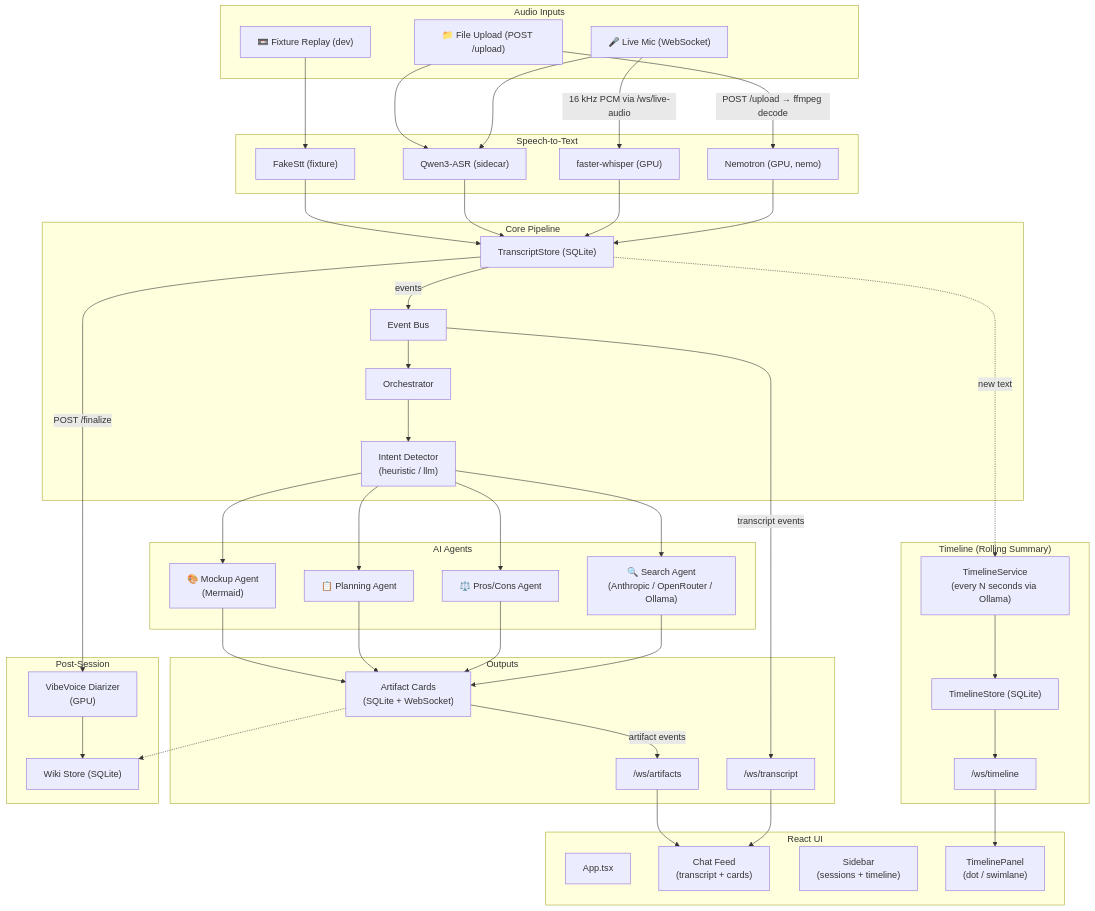
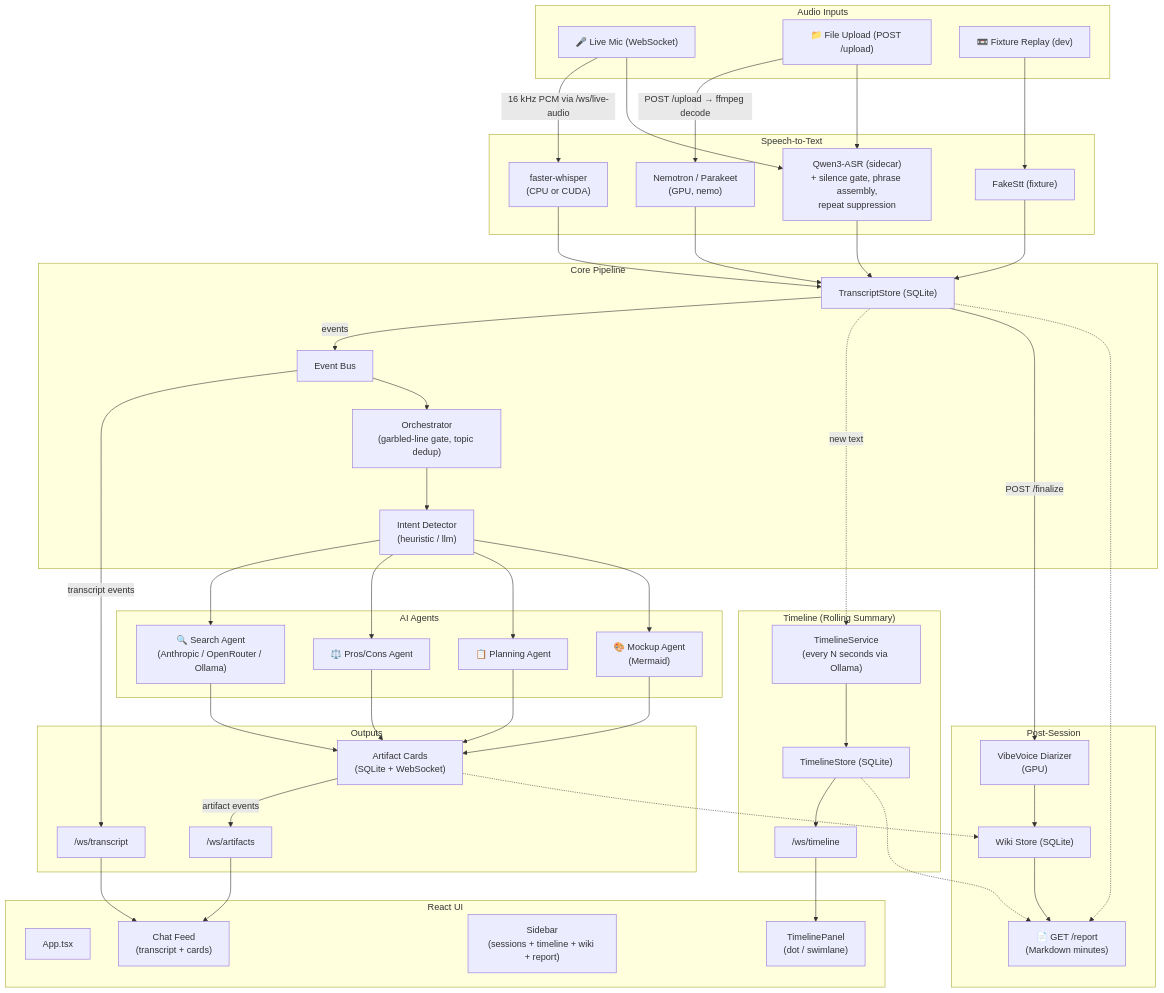
Before and after one commit to jpliem/deeptalk: the diagram in README.md, drawn with Mermaid. The commit also changed other lines of this file, not shown here.

Commit message:
docs: refresh README — report feature, STT hardening, .env, corrected backend list

````diff
--- a/README.md
+++ b/README.md
@@ -20,15 +16,15 @@
 
     subgraph STT["Speech-to-Text"]
         FAKE["FakeStt (fixture)"]
-        NEMO["Nemotron (GPU, nemo)"]
-        WHISPER["faster-whisper (GPU)"]
-        QWEN["Qwen3-ASR (sidecar)"]
+        NEMO["Nemotron / Parakeet<br/>(GPU, nemo)"]
+        WHISPER["faster-whisper<br/>(CPU or CUDA)"]
+        QWEN["Qwen3-ASR (sidecar)<br/>+ silence gate, phrase assembly,<br/>repeat suppression"]
     end
 
     subgraph Core["Core Pipeline"]
         TS["TranscriptStore (SQLite)"]
         BUS["Event Bus"]
-        ORCH["Orchestrator"]
+        ORCH["Orchestrator<br/>(garbled-line gate, topic dedup)"]
         INTENT["Intent Detector<br/>(heuristic / llm)"]
     end
 
@@ -54,12 +50,13 @@
     subgraph Finalize["Post-Session"]
         DIARIZE["VibeVoice Diarizer<br/>(GPU)"]
         WIKI["Wiki Store (SQLite)"]
+        REPORT["📄 GET /report<br/>(Markdown minutes)"]
     end
 
     subgraph UI["React UI"]
         APP["App.tsx"]
         CHAT["Chat Feed<br/>(transcript + cards)"]
-        SIDEBAR["Sidebar<br/>(sessions + timeline)"]
+        SIDEBAR["Sidebar<br/>(sessions + timeline + wiki + report)"]
         T_PANEL["TimelinePanel<br/>(dot / swimlane)"]
     end
 
@@ -101,4 +98,7 @@
     TS -->|"POST /finalize"| DIARIZE
     DIARIZE --> WIKI
     ART -.-> WIKI
+    WIKI --> REPORT
+    T_STORE -.-> REPORT
+    TS -.-> REPORT
 ```
````
